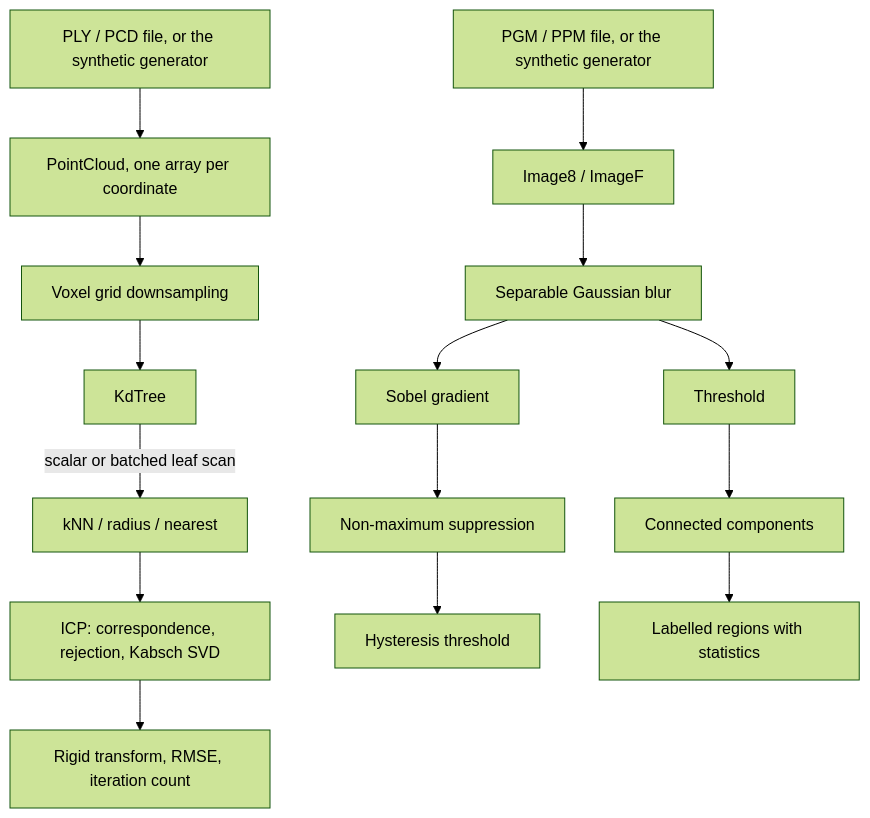
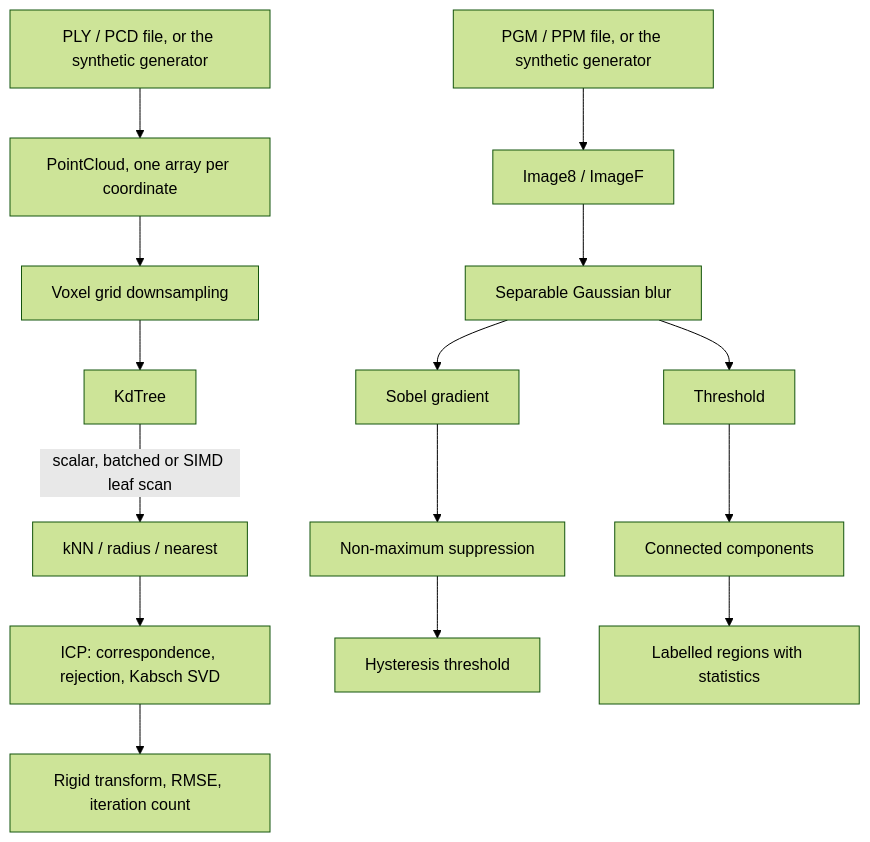
One commit to Alex-Tsvetanov/pointforge changed the diagram in README.md. Above: the diagram before and after it, drawn with Mermaid (forest theme). The commit also changed other lines of this file and 14 other files, not shown here.

````diff
--- a/README.md
+++ b/README.md
@@ -50,18 +50,18 @@
 ```mermaid
 flowchart TD
     A[PLY / PCD file, or the synthetic generator] --> B[PointCloud, one array per coordinate]
     B --> C[Voxel grid downsampling]
     C --> D[KdTree]
-    D -->|scalar or batched leaf scan| E[kNN / radius / nearest]
+    D -->|scalar, batched or SIMD leaf scan| E[kNN / radius / nearest]
     E --> F[ICP: correspondence, rejection, Kabsch SVD]
     F --> G[Rigid transform, RMSE, iteration count]
 
     H[PGM / PPM file, or the synthetic generator] --> I[Image8 / ImageF]
     I --> J[Separable Gaussian blur]
     J --> K[Sobel gradient]
     K --> L[Non-maximum suppression]
     L --> M[Hysteresis threshold]
     J --> N[Threshold]
     N --> O[Connected components]
     O --> P[Labelled regions with statistics]
 ```
````
